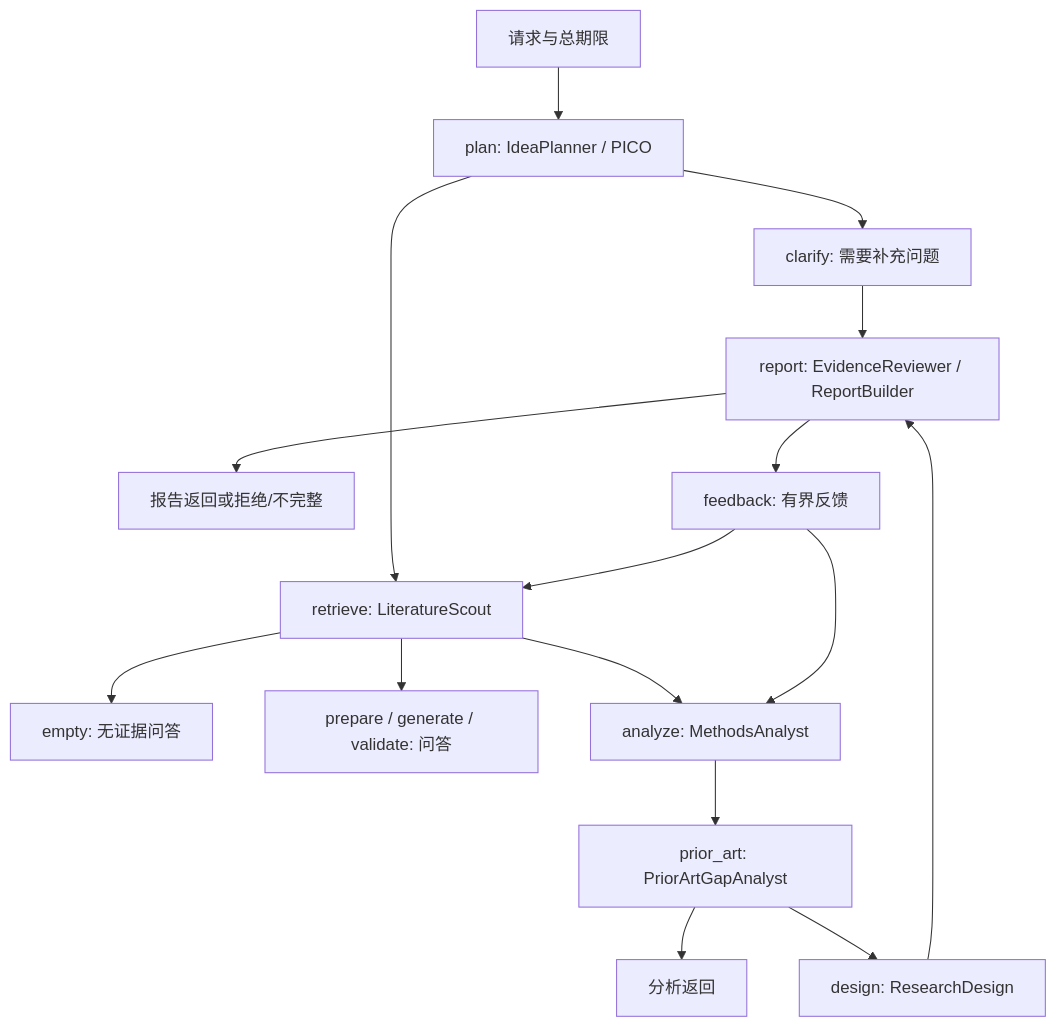
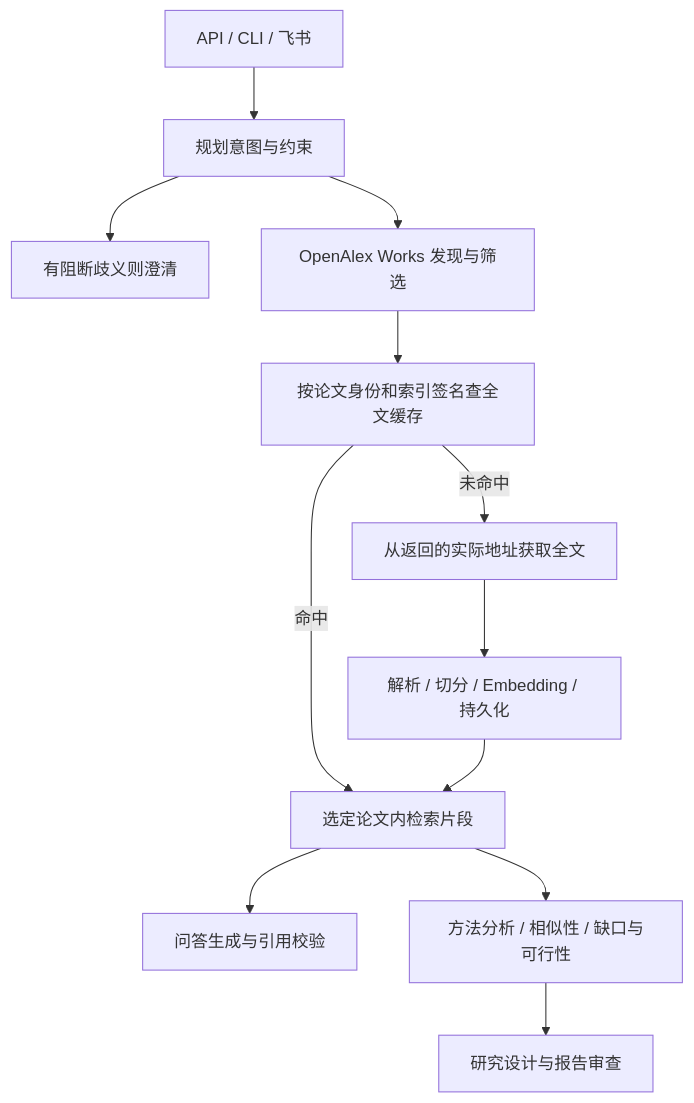
The diagram in docs/current/architecture.md (ismashiping/feishu_agent), drawn with Mermaid before and after one commit. The commit also changed other lines of this file and 1266 other files, not shown here.

First line of the commit message:
fix: stabilize OpenAlex research reports and record acceptance

````diff
--- a/docs/current/architecture.md
+++ b/docs/current/architecture.md
@@ -45,18 +21,14 @@
 ```mermaid
 flowchart TD
-  Start[请求与总期限] --> Plan[plan: IdeaPlanner / PICO]
-  Plan --> Clarify[clarify: 需要补充问题]
-  Plan --> Retrieve[retrieve: LiteratureScout]
-  Retrieve --> Empty[empty: 无证据问答]
-  Retrieve --> Prepare[prepare / generate / validate: 问答]
-  Retrieve --> Analyze[analyze: MethodsAnalyst]
-  Analyze --> Prior[prior_art: PriorArtGapAnalyst]
-  Prior --> Done[分析返回]
-  Prior --> Design[design: ResearchDesign]
-  Design --> Report[report: EvidenceReviewer / ReportBuilder]
-  Clarify --> Report
-  Report --> End[报告返回或拒绝/不完整]
-  Report --> Feedback[feedback: 有界反馈]
-  Feedback --> Analyze
-  Feedback --> Retrieve
+  Input[API / CLI / 飞书] --> Plan[规划意图与约束]
+  Plan --> Clarify[有阻断歧义则澄清]
+  Plan --> Search[OpenAlex Works 发现与筛选]
+  Search --> Cache[按论文身份和索引签名查全文缓存]
+  Cache -->|未命中| Fetch[从返回的实际地址获取全文]
+  Fetch --> Index[解析 / 切分 / Embedding / 持久化]
+  Cache -->|命中| Passages[选定论文内检索片段]
+  Index --> Passages
+  Passages --> Answer[问答生成与引用校验]
+  Passages --> Analyze[方法分析 / 相似性 / 缺口与可行性]
+  Analyze --> Report[研究设计与报告审查]
 ```
````
